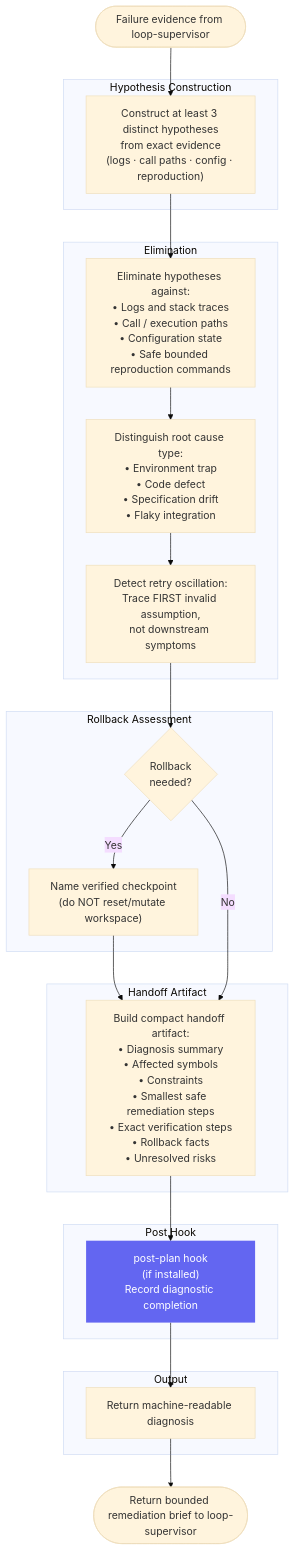
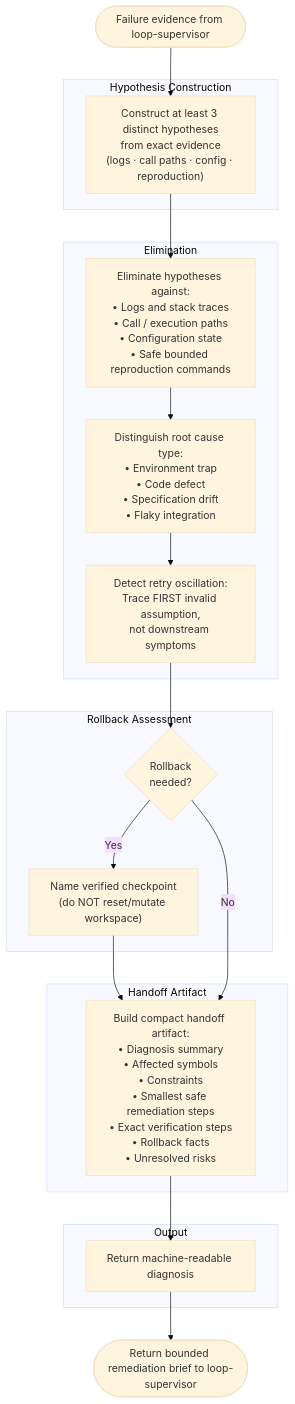
Before and after one commit to ericmaster/agent-fabric: the diagram in docs/architecture/expert-debugger.md, drawn with Mermaid (base theme). The commit also changed other lines of this file and 6 other files, not shown here.

Commit message:
docs: sync architecture diagrams and hook tables with agent frontmatter

````diff
--- a/docs/architecture/expert-debugger.md
+++ b/docs/architecture/expert-debugger.md
@@ -11,48 +11,40 @@
 ```mermaid
 flowchart TD
     START([Failure evidence from loop-supervisor]) --> HYPO
 
     subgraph "Hypothesis Construction"
         HYPO["Construct at least 3 distinct hypotheses\nfrom exact evidence\n(logs · call paths · config · reproduction)"]
     end
 
     HYPO --> ELIMINATE
 
     subgraph "Elimination"
         ELIMINATE["Eliminate hypotheses against:\n• Logs and stack traces\n• Call / execution paths\n• Configuration state\n• Safe bounded reproduction commands"]
 
         CLASSIFY["Distinguish root cause type:\n• Environment trap\n• Code defect\n• Specification drift\n• Flaky integration"]
 
         OSCILLATION["Detect retry oscillation:\nTrace FIRST invalid assumption,\nnot downstream symptoms"]
     end
 
     ELIMINATE --> CLASSIFY --> OSCILLATION --> ROLLBACK_CHECK
 
     subgraph "Rollback Assessment"
         ROLLBACK_CHECK{"Rollback\nneeded?"}
         ROLLBACK_TARGET["Name verified checkpoint\n(do NOT reset/mutate workspace)"]
     end
 
     ROLLBACK_CHECK -- Yes --> ROLLBACK_TARGET --> HANDOFF_BUILD
     ROLLBACK_CHECK -- No --> HANDOFF_BUILD
 
     subgraph "Handoff Artifact"
         HANDOFF_BUILD["Build compact handoff artifact:\n• Diagnosis summary\n• Affected symbols\n• Constraints\n• Smallest safe remediation steps\n• Exact verification steps\n• Rollback facts\n• Unresolved risks"]
     end
 
-    HANDOFF_BUILD --> PP
-
-    subgraph "Post Hook"
-        PP["post-plan hook\n(if installed)\nRecord diagnostic completion"]
-    end
-
-    PP --> OUTPUT
+    HANDOFF_BUILD --> OUTPUT
 
     subgraph "Output"
         OUTPUT["Return machine-readable diagnosis"]
     end
 
     OUTPUT --> DONE([Return bounded remediation brief to loop-supervisor])
-
-    style PP fill:#6366f1,color:#fff,stroke:none
 ```
````
